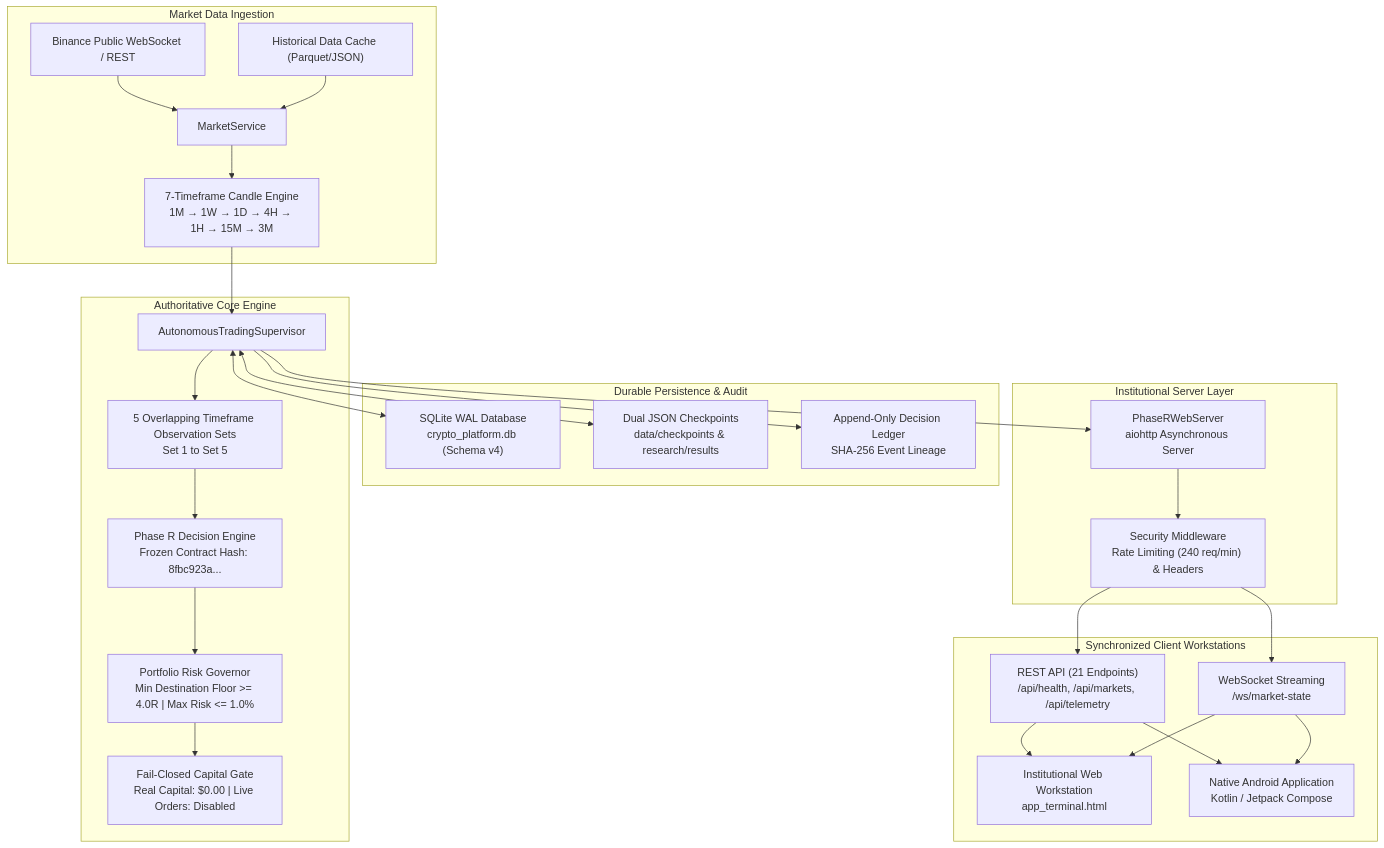
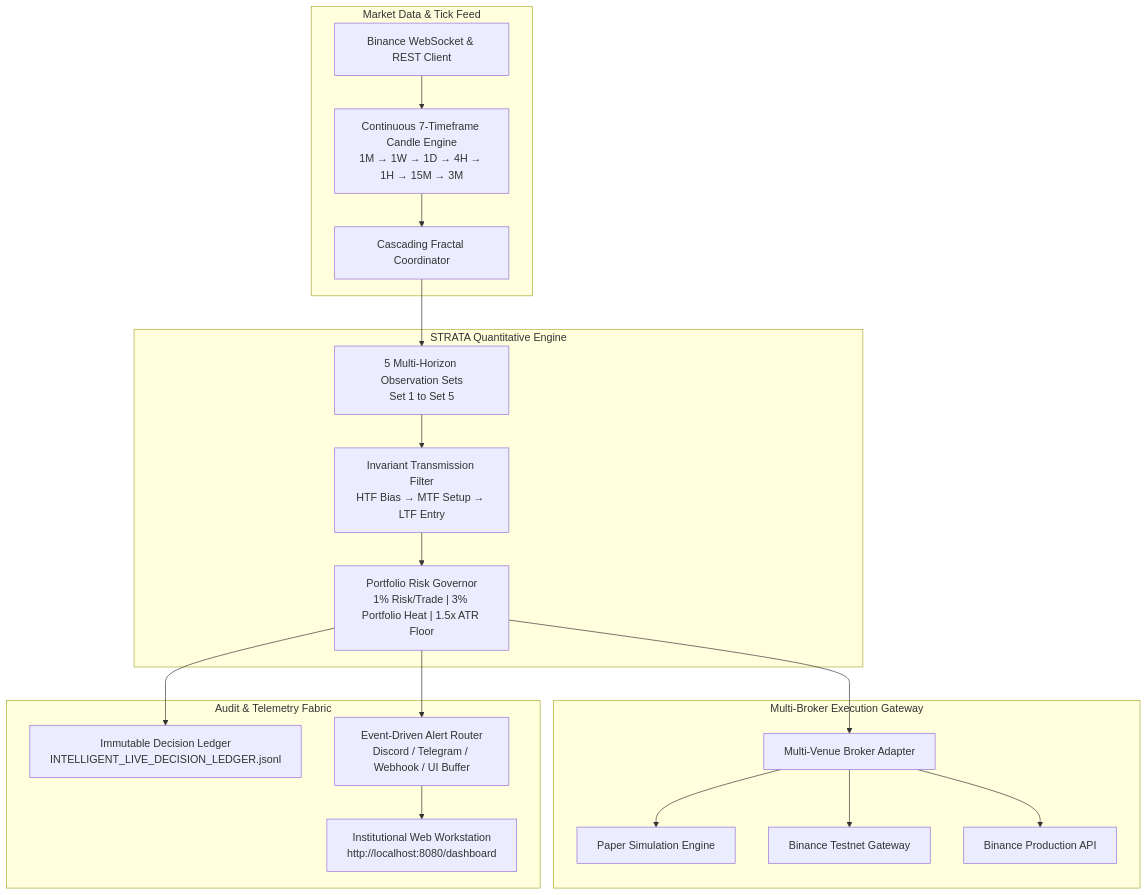
One commit to Quantitative-Systems/crypto-platform changed the diagram in README.md. Above: the diagram before and after it, drawn with Mermaid. The commit also changed other lines of this file and 65 other files, not shown here.

First line of the commit message:
feat(engine): deploy institutional 24/7 self-evolving fractal fund daemon and upgraded master docs

````diff
--- a/README.md
+++ b/README.md
@@ -177,36 +180,26 @@
 ```mermaid
 graph TD
-    subgraph Ingestion [Market Data Ingestion]
-        BinanceFeed["Binance Public WebSocket / REST"] --> MarketSvc["MarketService"]
-        LocalCache["Historical Data Cache (Parquet/JSON)"] --> MarketSvc
-        MarketSvc --> CandleEng["7-Timeframe Candle Engine<br/>1M → 1W → 1D → 4H → 1H → 15M → 3M"]
+    subgraph DataPlane [Market Data & Tick Feed]
+        BinanceWS["Binance WebSocket & REST Client"] --> ContinuousCandles["Continuous 7-Timeframe Candle Engine<br/>1M → 1W → 1D → 4H → 1H → 15M → 3M"]
+        ContinuousCandles --> Coordinator["Cascading Fractal Coordinator"]
     end
 
-    subgraph CoreEngine [Authoritative Core Engine]
-        CandleEng --> Supervisor["AutonomousTradingSupervisor"]
-        Supervisor --> LadderSets["5 Overlapping Timeframe Observation Sets<br/>Set 1 to Set 5"]
-        LadderSets --> DecisionEng["Phase R Decision Engine<br/>Frozen Contract Hash: 8fbc923a..."]
-        DecisionEng --> RiskGov["Portfolio Risk Governor<br/>Min Destination Floor >= 4.0R | Max Risk <= 1.0%"]
-        RiskGov --> SafetyGate["Fail-Closed Capital Gate<br/>Real Capital: $0.00 | Live Orders: Disabled"]
+    subgraph CoreEngine [STRATA Quantitative Engine]
+        Coordinator --> MultiSet["5 Multi-Horizon Observation Sets<br/>Set 1 to Set 5"]
+        MultiSet --> InvariantFilter["Invariant Transmission Filter<br/>HTF Bias → MTF Setup → LTF Entry"]
+        InvariantFilter --> RiskGov["Portfolio Risk Governor<br/>1% Risk/Trade | 3% Portfolio Heat | 1.5x ATR Floor"]
     end
 
-    subgraph PersistenceLayer [Durable Persistence & Audit]
-        Supervisor <--> SQLiteWAL["SQLite WAL Database<br/>crypto_platform.db (Schema v4)"]
-        Supervisor <--> DualSnap["Dual JSON Checkpoints<br/>data/checkpoints & research/results"]
-        Supervisor --> Ledger["Append-Only Decision Ledger<br/>SHA-256 Event Lineage"]
+    subgraph ExecutionPlane [Multi-Broker Execution Gateway]
+        RiskGov --> BrokerGateway["Multi-Venue Broker Adapter"]
+        BrokerGateway --> PaperVenue["Paper Simulation Engine"]
+        BrokerGateway --> BinanceTestnet["Binance Testnet Gateway"]
+        BrokerGateway --> BinanceLive["Binance Production API"]
     end
 
-    subgraph ServerLayer [Institutional Server Layer]
-        Supervisor --> WebServer["PhaseRWebServer<br/>aiohttp Asynchronous Server"]
-        WebServer --> SecurityMW["Security Middleware<br/>Rate Limiting (240 req/min) & Headers"]
-    end
-
-    subgraph ClientLayer [Synchronized Client Workstations]
-        SecurityMW --> RestAPI["REST API (21 Endpoints)<br/>/api/health, /api/markets, /api/telemetry"]
-        SecurityMW --> WSStream["WebSocket Streaming<br/>/ws/market-state"]
-        RestAPI --> WebWorkstation["Institutional Web Workstation<br/>app_terminal.html"]
-        WSStream --> WebWorkstation
-        RestAPI --> AndroidApp["Native Android Application<br/>Kotlin / Jetpack Compose"]
-        WSStream --> AndroidApp
+    subgraph AuditAlertPlane [Audit & Telemetry Fabric]
+        RiskGov --> Ledger["Immutable Decision Ledger<br/>INTELLIGENT_LIVE_DECISION_LEDGER.jsonl"]
+        RiskGov --> AlertRouter["Event-Driven Alert Router<br/>Discord / Telegram / Webhook / UI Buffer"]
+        AlertRouter --> WebWorkstation["Institutional Web Workstation<br/>http://localhost:8080/dashboard"]
     end
 ```
````
